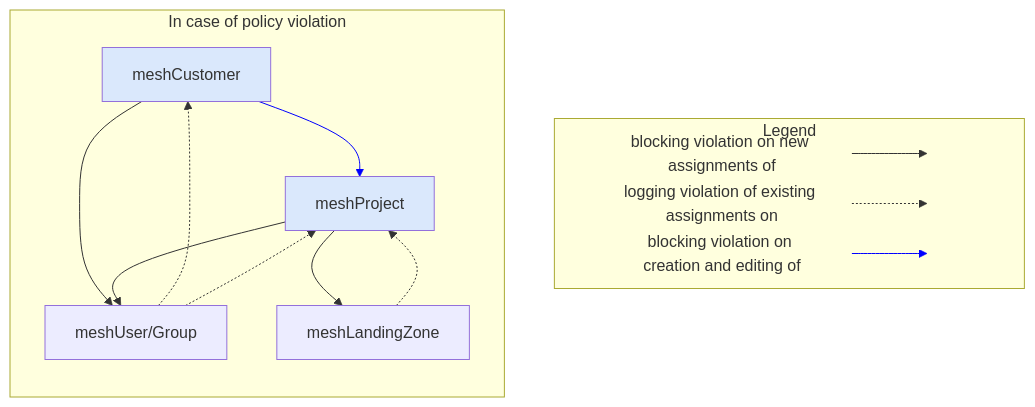
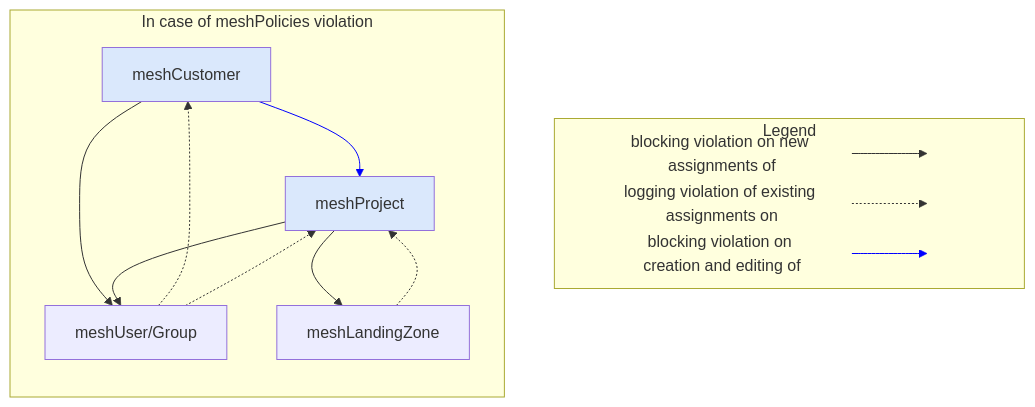
Before and after one commit to meshcloud/meshcloud-docs: the diagram in docs/meshcloud.policies.md, drawn with Mermaid. The commit also changed other lines of this file and 2 other files, not shown here.

Commit message:
feat: round off meshPolicy docs rework CU-1y28743

````diff
--- a/docs/meshcloud.policies.md
+++ b/docs/meshcloud.policies.md
@@ -114,24 +128,24 @@
 ```mermaid
 flowchart TB
     subgraph Legend
     start1["blocking violation on new assignments of"]:::legendClass --> stop1[ ]:::legendClass
     start2["logging violation of existing assignments on"]:::legendClass -.-> stop2[ ]:::legendClass
     start3["blocking violation on creation and editing of"]:::legendClass --> stop3[ ]:::legendClass
     end
-    subgraph In case of policy violation
+    subgraph In case of meshPolicies violation
     direction TB
       meshCustomer:::authoritativeClass --> meshProject
       meshCustomer --> meshUser/Group
       meshProject --> meshUser/Group
       meshProject:::authoritativeClass --> meshLandingZone
       meshLandingZone -.-> meshProject
       meshUser/Group -.-> meshCustomer
       meshUser/Group -.-> meshProject
 
     end
 
 classDef authoritativeClass fill:#dae8fc;
 classDef legendClass height:0px;
 linkStyle 2 stroke: blue;
 linkStyle 3 stroke: blue;
 ```
````
